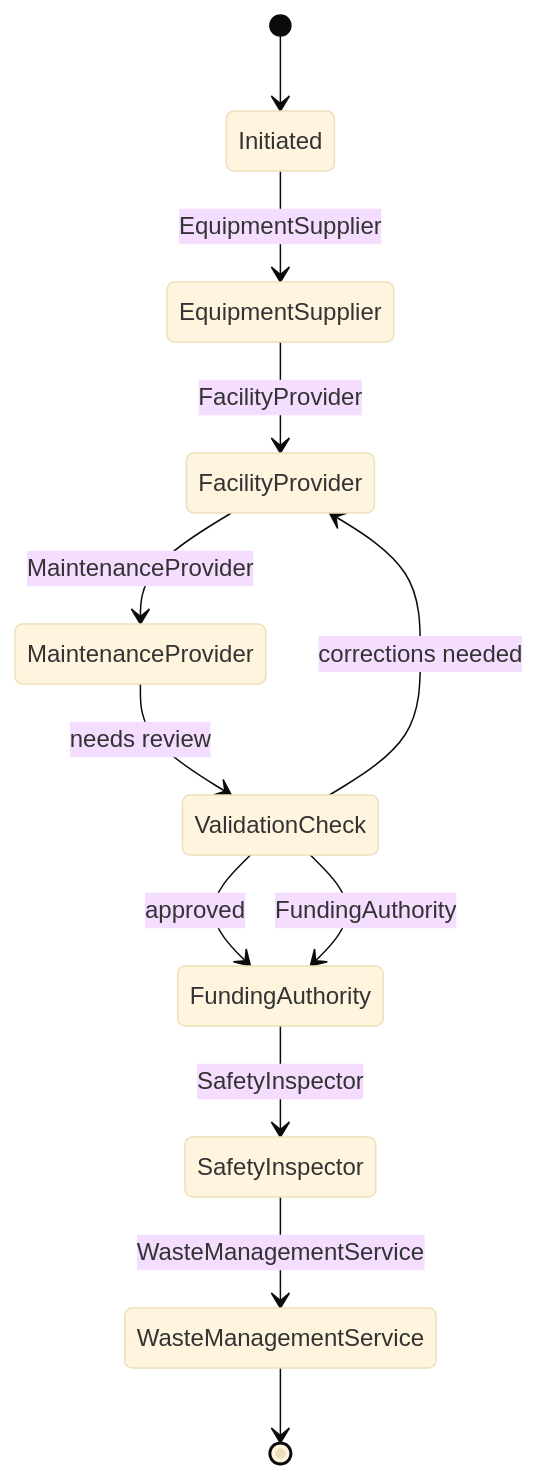
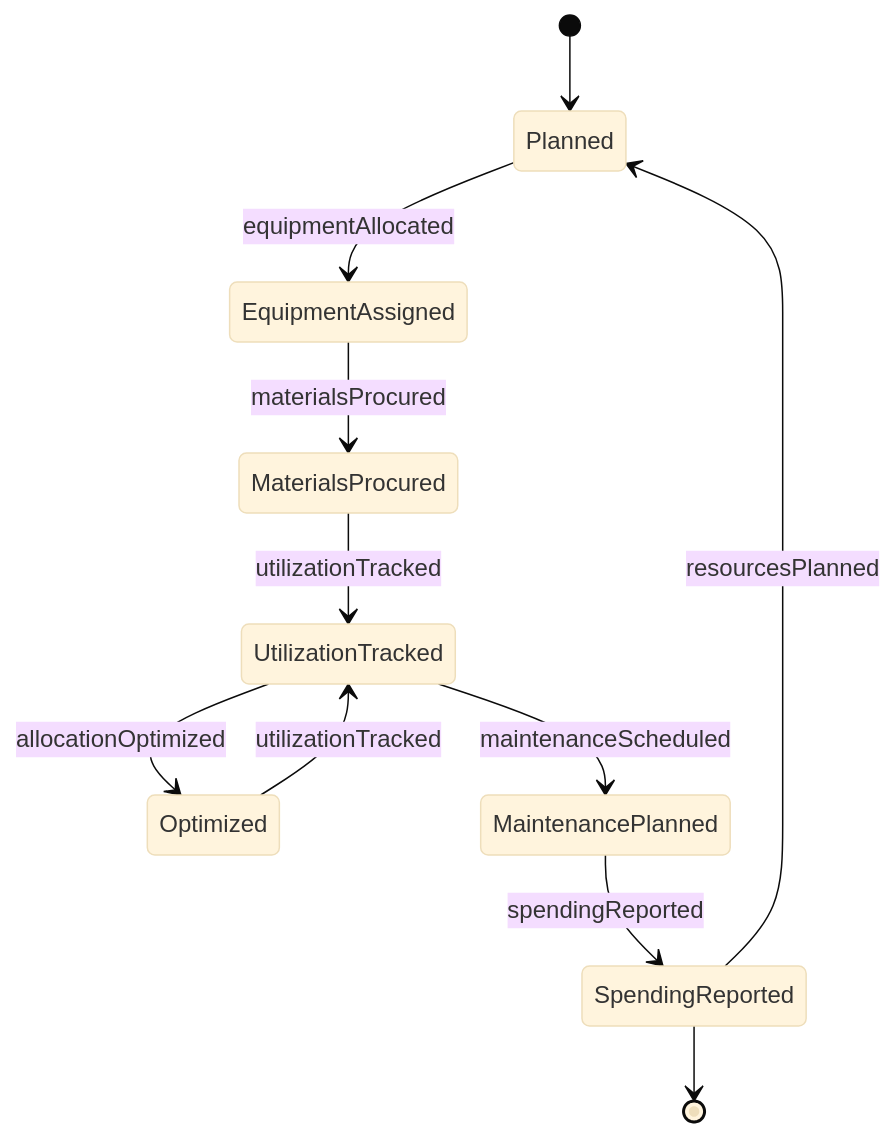
The second of 4 diagrams in GuidingDirectingAndMotivatingSubordinates/DirectScientificOrTechnicalActivities/ManageScientificTechnicalProjectResources.mdx (dot-org-ai/tasks.org.ai), drawn with Mermaid (base theme) before and after one commit. The commit also changed other lines of this file and 515 other files, not shown here.

````diff
--- a/GuidingDirectingAndMotivatingSubordinates/DirectScientificOrTechnicalActivities/ManageScientificTechnicalProjectResources.mdx
+++ b/GuidingDirectingAndMotivatingSubordinates/DirectScientificOrTechnicalActivities/ManageScientificTechnicalProjectResources.mdx
@@ -99,14 +101,13 @@
 ```mermaid
 stateDiagram-v2
-    [*] --> Initiated
-    Initiated --> EquipmentSupplier: EquipmentSupplier
-    EquipmentSupplier --> FacilityProvider: FacilityProvider
-    FacilityProvider --> MaintenanceProvider: MaintenanceProvider
-    MaintenanceProvider --> ValidationCheck: needs review
-    ValidationCheck --> FacilityProvider: corrections needed
-    ValidationCheck --> FundingAuthority: approved
-    ValidationCheck --> FundingAuthority: FundingAuthority
-    FundingAuthority --> SafetyInspector: SafetyInspector
-    SafetyInspector --> WasteManagementService: WasteManagementService
-    WasteManagementService --> [*]
+    [*] --> Planned
+    Planned --> EquipmentAssigned : equipmentAllocated
+    EquipmentAssigned --> MaterialsProcured : materialsProcured
+    MaterialsProcured --> UtilizationTracked : utilizationTracked
+    UtilizationTracked --> Optimized : allocationOptimized
+    Optimized --> UtilizationTracked : utilizationTracked
+    UtilizationTracked --> MaintenancePlanned : maintenanceScheduled
+    MaintenancePlanned --> SpendingReported : spendingReported
+    SpendingReported --> Planned : resourcesPlanned
+    SpendingReported --> [*]
 ```
````
